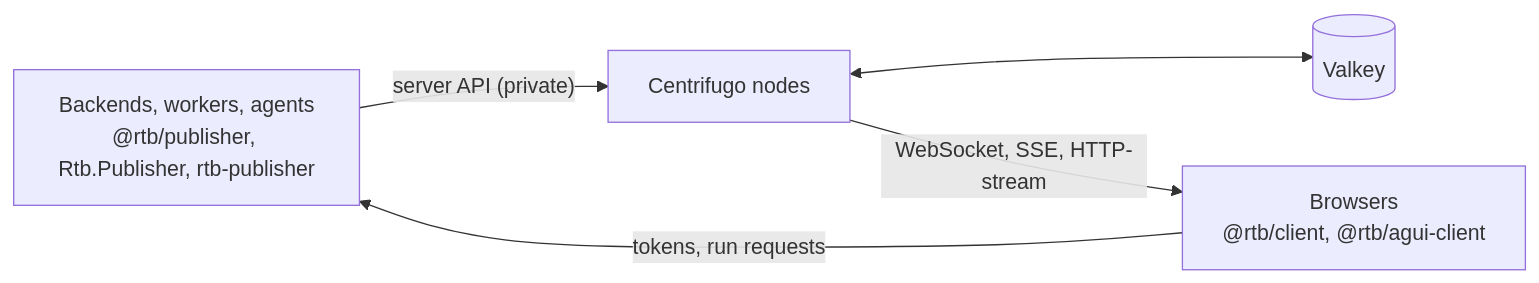
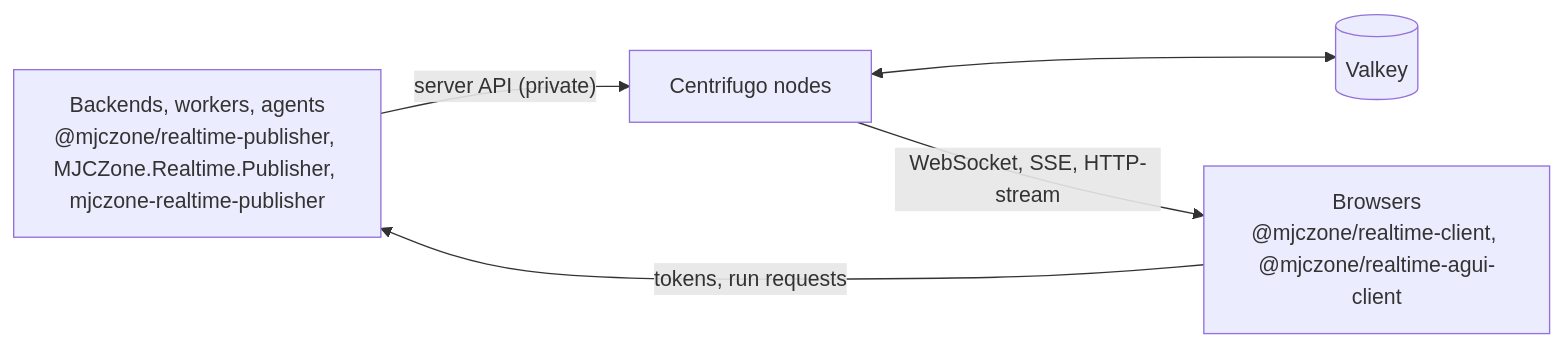
The diagram in README.md (mjczone/realtime-backbone), drawn with Mermaid before and after one commit. The commit also changed other lines of this file and 224 other files, not shown here.

````diff
--- a/README.md
+++ b/README.md
@@ -9,7 +9,7 @@
 ```mermaid
 flowchart LR
-  pub["Backends, workers, agents<br/>@rtb/publisher, Rtb.Publisher, rtb-publisher"] -- "server API (private)" --> cf["Centrifugo nodes"]
+  pub["Backends, workers, agents<br/>@mjczone/realtime-publisher, MJCZone.Realtime.Publisher, mjczone-realtime-publisher"] -- "server API (private)" --> cf["Centrifugo nodes"]
   cf <--> valkey[("Valkey")]
-  cf -- "WebSocket, SSE, HTTP-stream" --> web["Browsers<br/>@rtb/client, @rtb/agui-client"]
+  cf -- "WebSocket, SSE, HTTP-stream" --> web["Browsers<br/>@mjczone/realtime-client, @mjczone/realtime-agui-client"]
   web -- "tokens, run requests" --> pub
 ```
````
